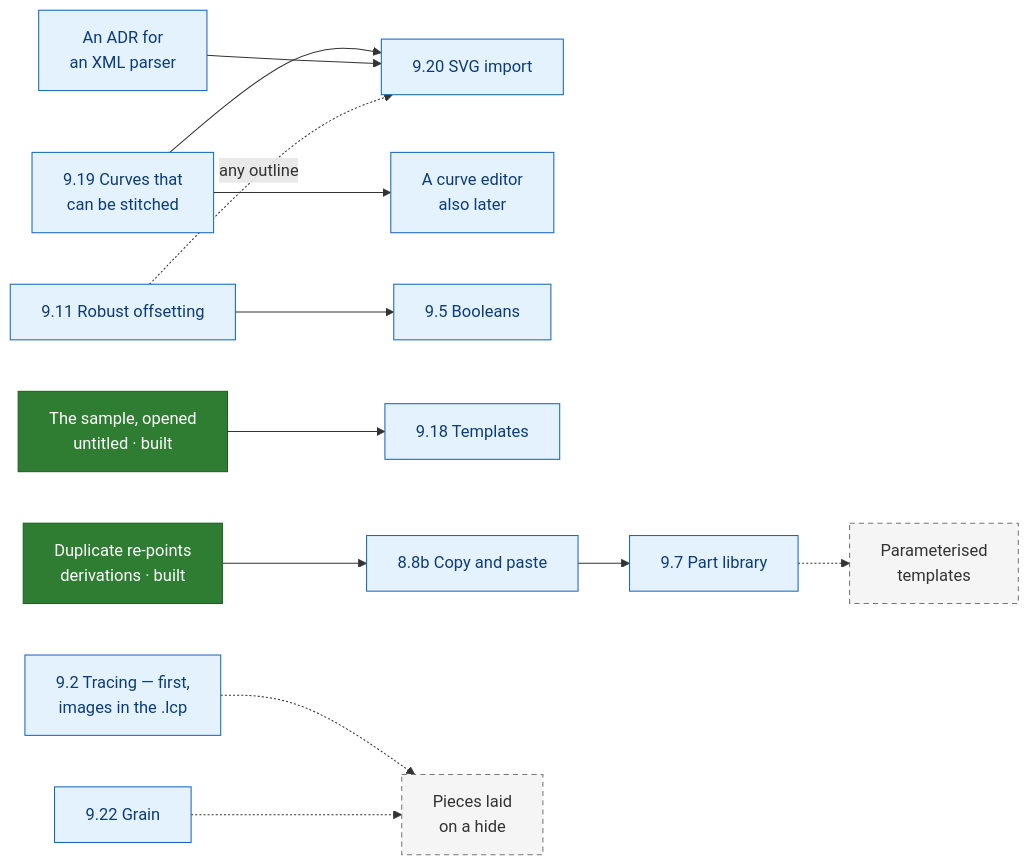
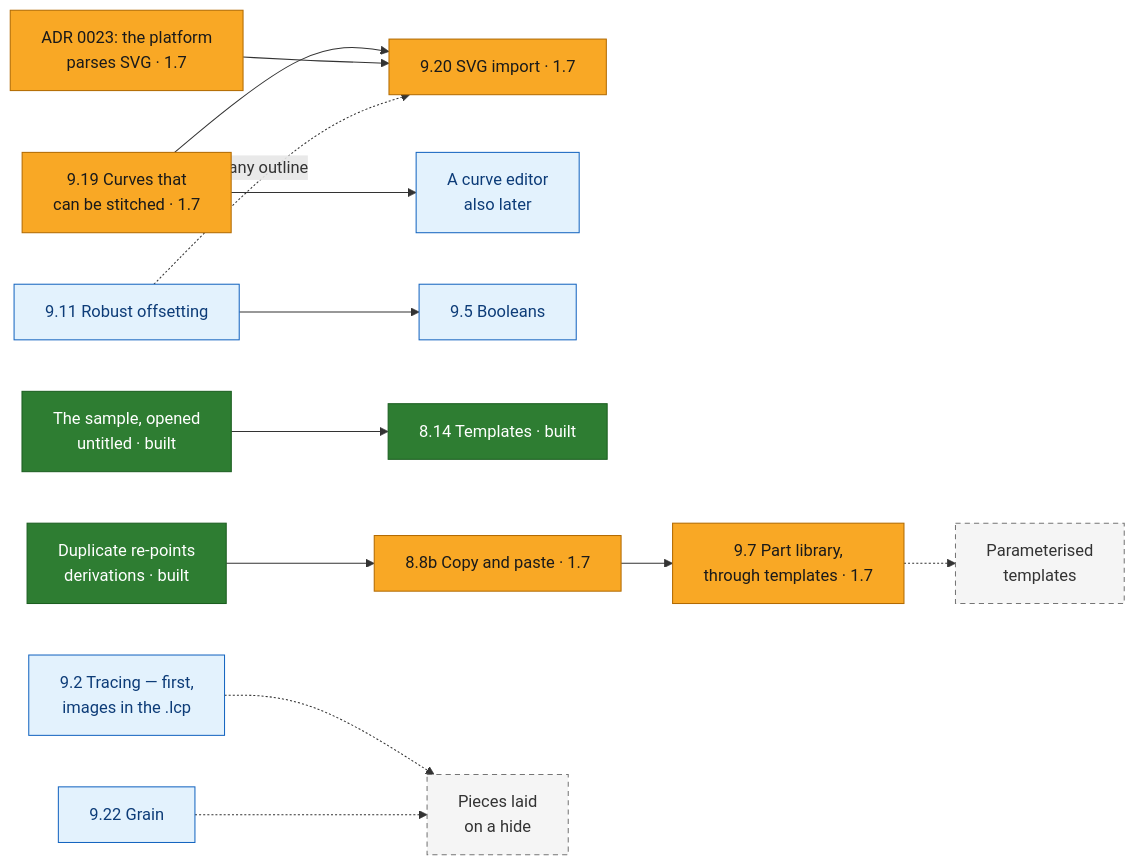
One commit to crnlsp/leathercad changed the sixth of 6 diagrams in docs/product-roadmap.md. Above: the diagram before and after it, drawn with Mermaid. The commit also changed other lines of this file and 11 other files, not shown here.

````diff
--- a/docs/product-roadmap.md
+++ b/docs/product-roadmap.md
@@ -218,31 +222,32 @@
 ```mermaid
 flowchart LR
-  c919["9.19 Curves that<br/>can be stitched"]:::candidate
-  adr["An ADR for<br/>an XML parser"]:::candidate
-  i920["9.20 SVG import"]:::candidate
+  c919["9.19 Curves that<br/>can be stitched · 1.7"]:::progress
+  adr["ADR 0023: the platform<br/>parses SVG · 1.7"]:::progress
+  i920["9.20 SVG import · 1.7"]:::progress
   editor["A curve editor<br/>also later"]:::candidate
   t92["9.2 Tracing — first,<br/>images in the .lcp"]:::candidate
   o911["9.11 Robust offsetting"]:::candidate
   b95["9.5 Booleans"]:::candidate
   sample["The sample, opened<br/>untitled · built"]:::built
-  t918["9.18 Templates"]:::candidate
+  t918["8.14 Templates · built"]:::built
   dup["Duplicate re-points<br/>derivations · built"]:::built
-  p88["8.8b Copy and paste"]:::candidate
-  l97["9.7 Part library"]:::candidate
+  p88["8.8b Copy and paste · 1.7"]:::progress
+  l97["9.7 Part library,<br/>through templates · 1.7"]:::progress
   param["Parameterised<br/>templates"]:::exploring
   g922["9.22 Grain"]:::candidate
   hide["Pieces laid<br/>on a hide"]:::exploring
   c919 --> i920
   adr --> i920
   c919 --> editor
   o911 --> b95
   o911 -.->|"any outline"| i920
   sample --> t918
   dup --> p88 --> l97
   l97 -.-> param
   t92 -.-> hide
   g922 -.-> hide
   classDef built fill:#2e7d32,stroke:#1b5e20,color:#ffffff
+  classDef progress fill:#f9a825,stroke:#b26a00,color:#1a1a1a
   classDef candidate fill:#e3f2fd,stroke:#1565c0,color:#0d3c78
   classDef exploring fill:#f5f5f5,stroke:#757575,color:#333333,stroke-dasharray: 5 4
 ```
````
